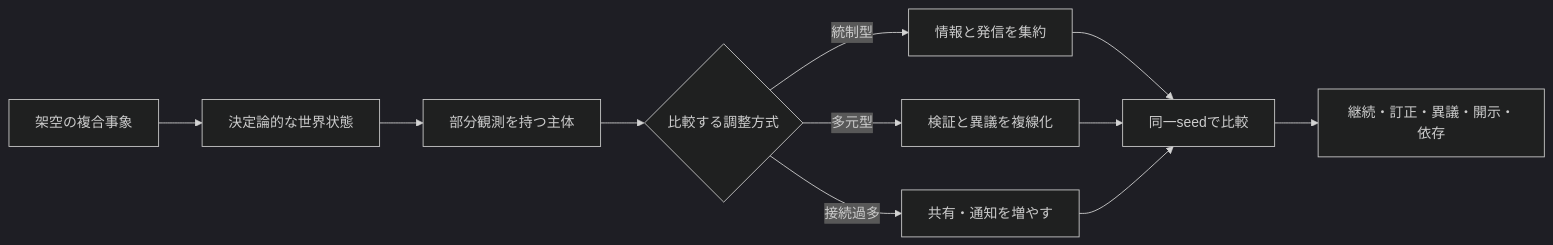
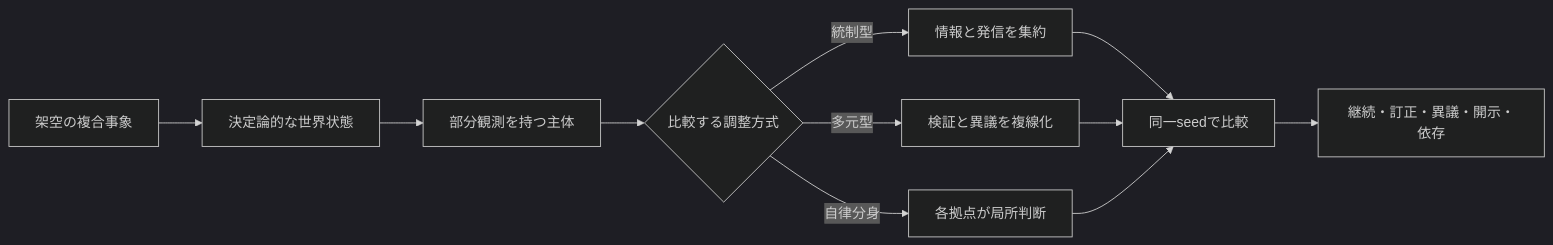
One commit to nexus-ai-2045/ghost-in-the-sim changed the diagram in README.md. Above: the diagram before and after it, drawn with Mermaid (dark theme). The commit also changed other lines of this file and 31 other files, not shown here.

````diff
--- a/README.md
+++ b/README.md
@@ -20,13 +20,13 @@
 ```mermaid
 flowchart LR
     E[架空の複合事象] --> W[決定論的な世界状態]
     W --> A[部分観測を持つ主体]
     A --> C{比較する調整方式}
     C -->|統制型| X[情報と発信を集約]
     C -->|多元型| Y[検証と異議を複線化]
-    C -->|接続過多| Z[共有・通知を増やす]
+    C -->|自律分身| Z[各拠点が局所判断]
     X --> R[同一seedで比較]
     Y --> R
     Z --> R
     R --> O[継続・訂正・異議・開示・依存]
 ```
````
